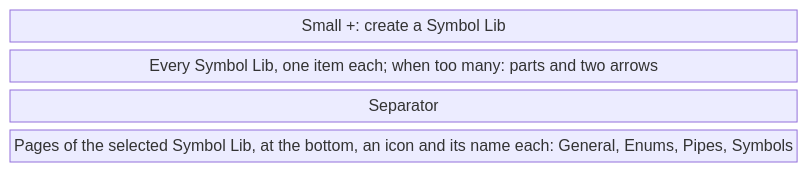
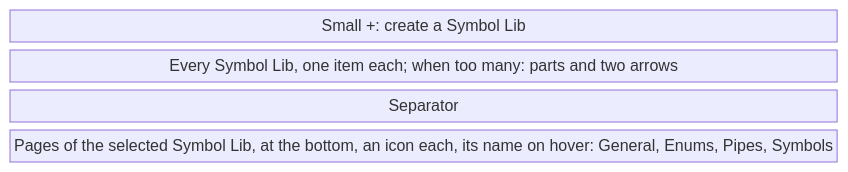
Before and after one commit to AlexandreGallais/synoptic-studio-spec: the first of 14 diagrams in screens/symbols.md, drawn with Mermaid. The commit also changed other lines of this file and 4 other files, not shown here.

````diff
--- a/screens/symbols.md
+++ b/screens/symbols.md
@@ -11,8 +11,8 @@
 ```mermaid
 block-beta
     columns 1
     add["Small +: create a Symbol Lib"]
     libs["Every Symbol Lib, one item each; when too many: parts and two arrows"]
     sep["Separator"]
-    pages["Pages of the selected Symbol Lib, at the bottom, an icon and its name each: General, Enums, Pipes, Symbols"]
+    pages["Pages of the selected Symbol Lib, at the bottom, an icon each, its name on hover: General, Enums, Pipes, Symbols"]
 ```
````
